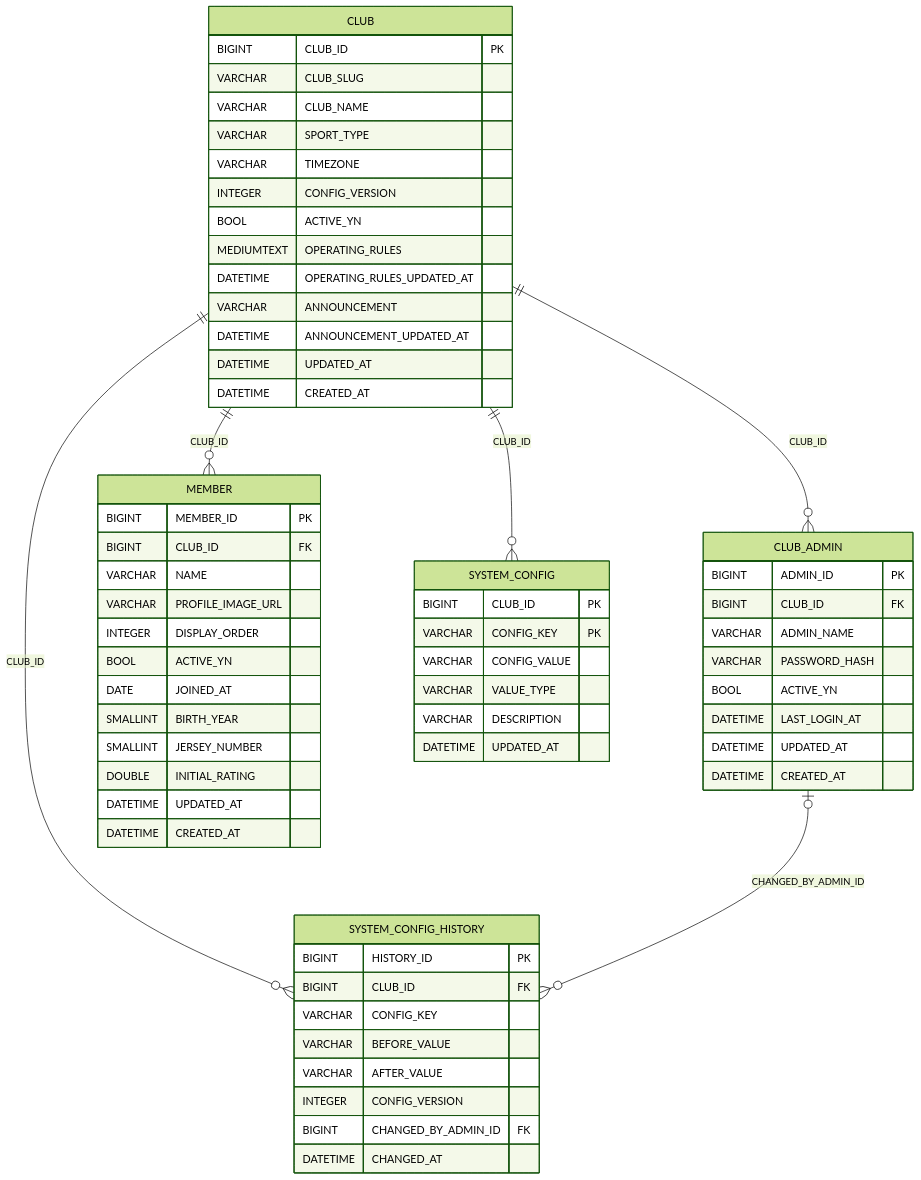
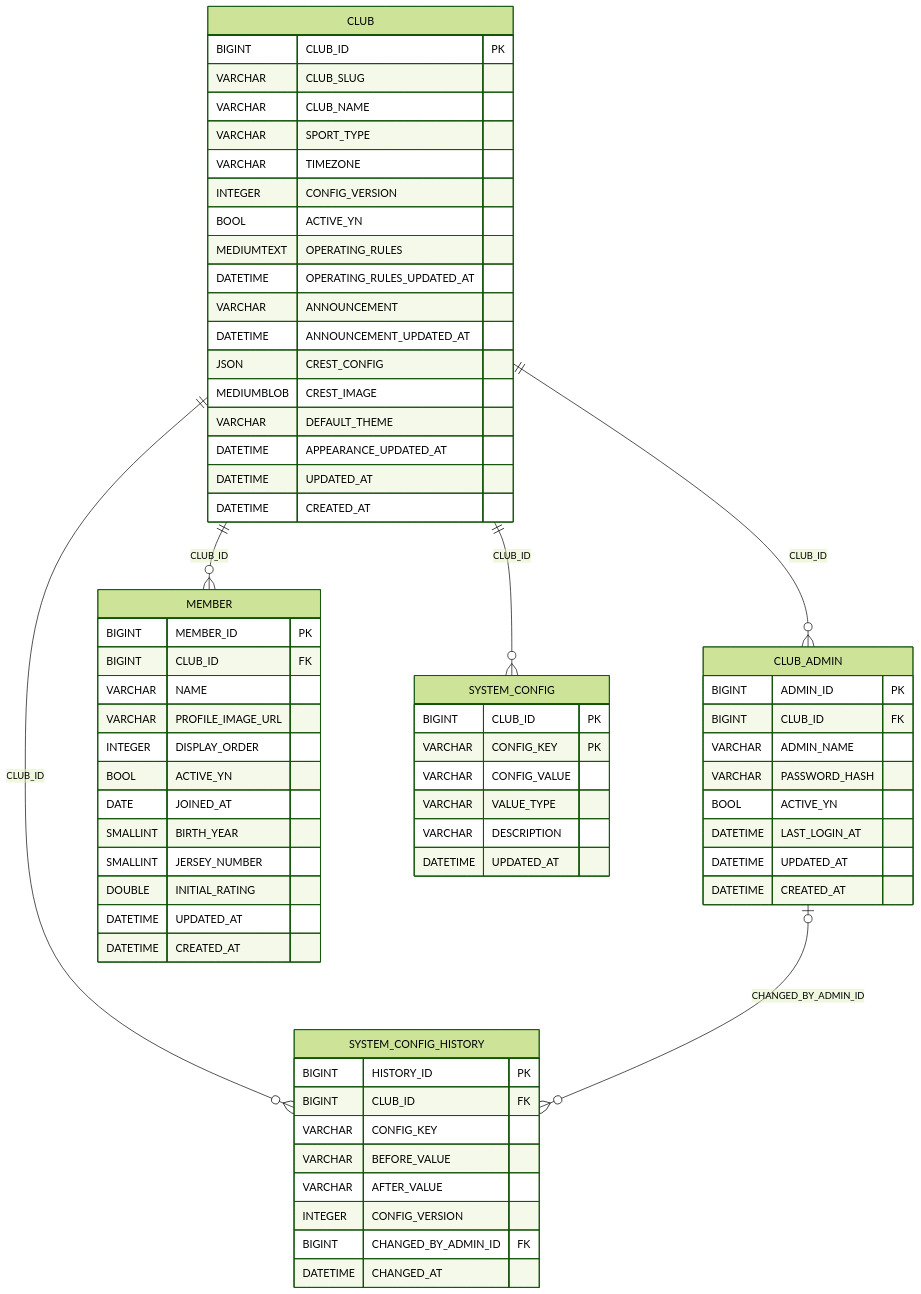
One commit to preferJ/clubwire changed the first of 5 diagrams in docs/ERD.md. Above: the diagram before and after it, drawn with Mermaid (forest theme). The commit also changed 39 other files, not shown here.

Commit message:
Add club crest designer, image registration, and light/dark themes

````diff
--- a/docs/ERD.md
+++ b/docs/ERD.md
@@ -7,65 +7,69 @@
 ```mermaid
 erDiagram
     CLUB {
         BIGINT CLUB_ID PK
         VARCHAR CLUB_SLUG
         VARCHAR CLUB_NAME
         VARCHAR SPORT_TYPE
         VARCHAR TIMEZONE
         INTEGER CONFIG_VERSION
         BOOL ACTIVE_YN
         MEDIUMTEXT OPERATING_RULES
         DATETIME OPERATING_RULES_UPDATED_AT
         VARCHAR ANNOUNCEMENT
         DATETIME ANNOUNCEMENT_UPDATED_AT
+        JSON CREST_CONFIG
+        MEDIUMBLOB CREST_IMAGE
+        VARCHAR DEFAULT_THEME
+        DATETIME APPEARANCE_UPDATED_AT
         DATETIME UPDATED_AT
         DATETIME CREATED_AT
     }
     CLUB_ADMIN {
         BIGINT ADMIN_ID PK
         BIGINT CLUB_ID FK
         VARCHAR ADMIN_NAME
         VARCHAR PASSWORD_HASH
         BOOL ACTIVE_YN
         DATETIME LAST_LOGIN_AT
         DATETIME UPDATED_AT
         DATETIME CREATED_AT
     }
     MEMBER {
         BIGINT MEMBER_ID PK
         BIGINT CLUB_ID FK
         VARCHAR NAME
         VARCHAR PROFILE_IMAGE_URL
         INTEGER DISPLAY_ORDER
         BOOL ACTIVE_YN
         DATE JOINED_AT
         SMALLINT BIRTH_YEAR
         SMALLINT JERSEY_NUMBER
         DOUBLE INITIAL_RATING
         DATETIME UPDATED_AT
         DATETIME CREATED_AT
     }
     SYSTEM_CONFIG {
         BIGINT CLUB_ID PK
         VARCHAR CONFIG_KEY PK
         VARCHAR CONFIG_VALUE
         VARCHAR VALUE_TYPE
         VARCHAR DESCRIPTION
         DATETIME UPDATED_AT
     }
     SYSTEM_CONFIG_HISTORY {
         BIGINT HISTORY_ID PK
         BIGINT CLUB_ID FK
         VARCHAR CONFIG_KEY
         VARCHAR BEFORE_VALUE
         VARCHAR AFTER_VALUE
         INTEGER CONFIG_VERSION
         BIGINT CHANGED_BY_ADMIN_ID FK
         DATETIME CHANGED_AT
     }
     CLUB ||--o{ CLUB_ADMIN : "CLUB_ID"
     CLUB ||--o{ MEMBER : "CLUB_ID"
     CLUB ||--o{ SYSTEM_CONFIG : "CLUB_ID"
     CLUB ||--o{ SYSTEM_CONFIG_HISTORY : "CLUB_ID"
     CLUB_ADMIN |o--o{ SYSTEM_CONFIG_HISTORY : "CHANGED_BY_ADMIN_ID"
 ```
````
